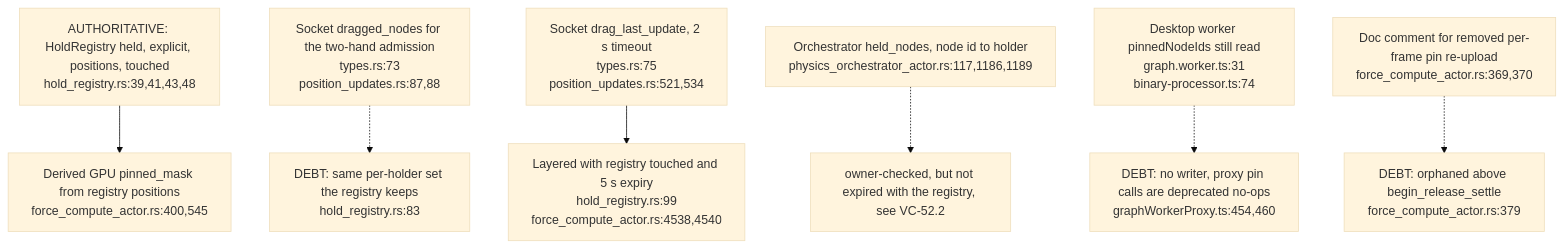
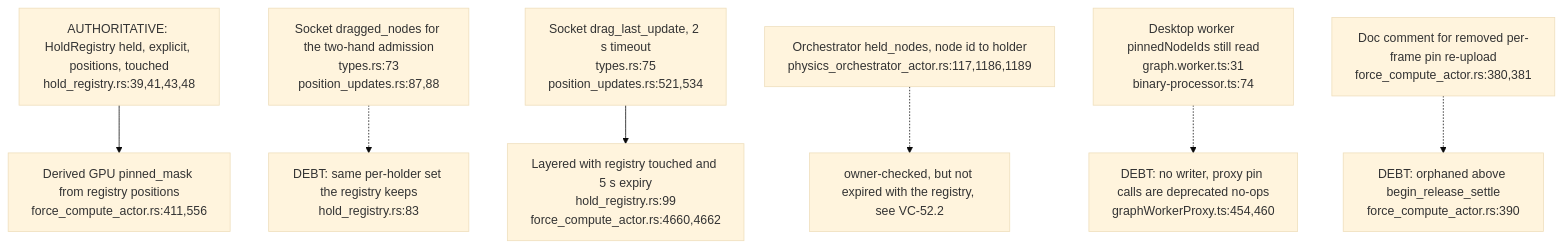
The seventh of 7 diagrams in docs/diagrams/visionclaw/52-drag-holds-and-observation-gates.md (DreamLab-AI/VisionFlow), drawn with Mermaid (base theme) before and after one commit. The commit also changed other lines of this file and 81 other files, not shown here.

First line of the commit message:
docs(diagrams): roll VisionClaw topics to main 010e1109b (PR 37 and 38 merged); fix remaining prose citations

````diff
--- a/docs/diagrams/visionclaw/52-drag-holds-and-observation-gates.md
+++ b/docs/diagrams/visionclaw/52-drag-holds-and-observation-gates.md
@@ -160,9 +160,9 @@
 ```mermaid
 flowchart TD
-    REG["AUTHORITATIVE: HoldRegistry held, explicit, positions, touched<br/>hold_registry.rs:39,41,43,48"] --> MASK["Derived GPU pinned_mask from registry positions<br/>force_compute_actor.rs:400,545"]
+    REG["AUTHORITATIVE: HoldRegistry held, explicit, positions, touched<br/>hold_registry.rs:39,41,43,48"] --> MASK["Derived GPU pinned_mask from registry positions<br/>force_compute_actor.rs:411,556"]
     SOCK["Socket dragged_nodes for the two-hand admission<br/>types.rs:73<br/>position_updates.rs:87,88"] -.-> D1["DEBT: same per-holder set the registry keeps<br/>hold_registry.rs:83"]
-    TIME["Socket drag_last_update, 2 s timeout<br/>types.rs:75<br/>position_updates.rs:521,534"] --> LAYER["Layered with registry touched and 5 s expiry<br/>hold_registry.rs:99<br/>force_compute_actor.rs:4538,4540"]
+    TIME["Socket drag_last_update, 2 s timeout<br/>types.rs:75<br/>position_updates.rs:521,534"] --> LAYER["Layered with registry touched and 5 s expiry<br/>hold_registry.rs:99<br/>force_compute_actor.rs:4660,4662"]
     ORCH["Orchestrator held_nodes, node id to holder<br/>physics_orchestrator_actor.rs:117,1186,1189"] -.-> T1["owner-checked, but not expired with the registry, see VC-52.2"]
     DESK["Desktop worker pinnedNodeIds still read<br/>graph.worker.ts:31<br/>binary-processor.ts:74"] -.-> D2["DEBT: no writer, proxy pin calls are deprecated no-ops<br/>graphWorkerProxy.ts:454,460"]
-    STALE["Doc comment for removed per-frame pin re-upload<br/>force_compute_actor.rs:369,370"] -.-> D3["DEBT: orphaned above begin_release_settle<br/>force_compute_actor.rs:379"]
+    STALE["Doc comment for removed per-frame pin re-upload<br/>force_compute_actor.rs:380,381"] -.-> D3["DEBT: orphaned above begin_release_settle<br/>force_compute_actor.rs:390"]
 ```
````
